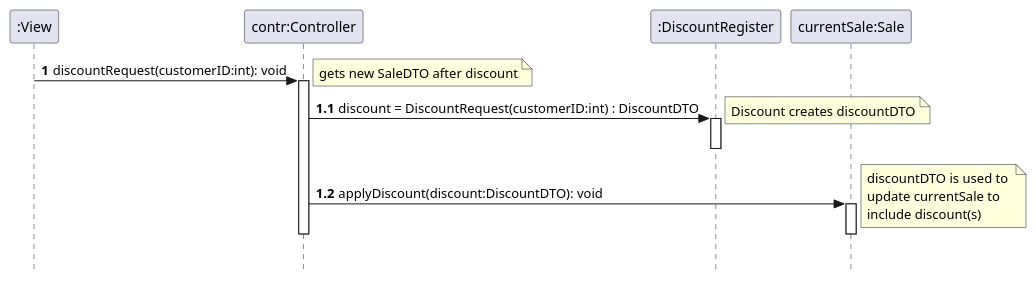
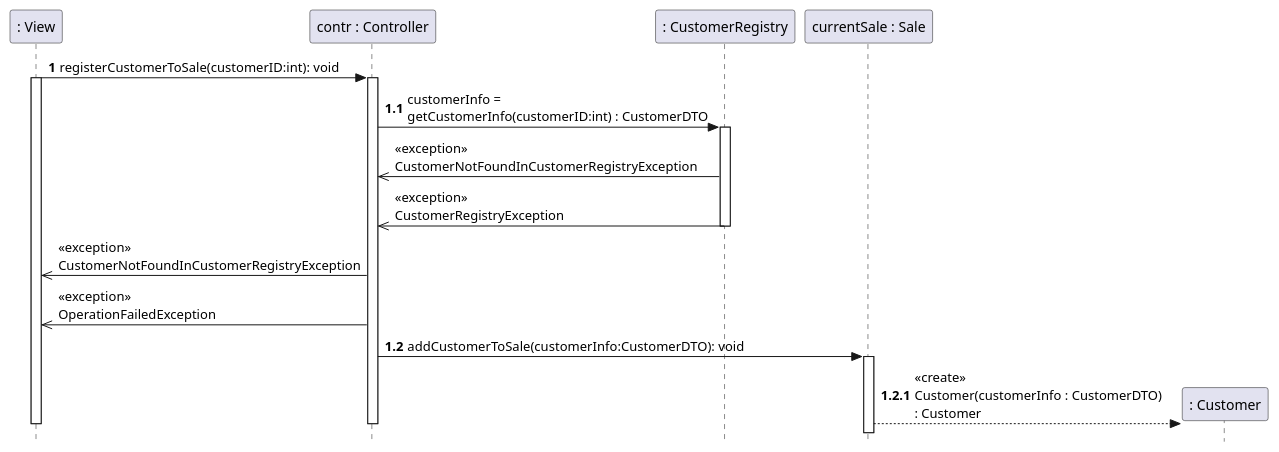
Before and after one commit to VincentFerrigan/kth-iv1350-object-oriented-design: the ninth of 11 diagrams in uml/uml_v3.puml, drawn with PlantUML. The commit also changed other lines of this file and 37 other files, not shown here.

First line of the commit message:
Semi-Final uml and docs (#10)

```diff
--- a/uml/uml_v3.puml
+++ b/uml/uml_v3.puml
@@ -491,29 +546,39 @@
 @startuml
 skinparam style strictuml
-'title discountRequest
+'title registerCustomerToSale
 
-participant ":View" as View
-participant "contr:Controller" as contr
-participant ":DiscountRegister" as DiscountRegister
-participant "currentSale:Sale" as currentSale
+participant ": View" as View
+participant "contr : Controller" as contr
+participant ": CustomerRegistry" as CustomerRegistry
+participant "currentSale : Sale" as currentSale
+participant ": Customer" as customer
 
 autonumber 1
-View -> contr : discountRequest(customerID:int): void
+View -> contr : registerCustomerToSale(customerID:int): void
+activate View
 activate contr
-note right : gets new SaleDTO after discount
 autonumber 1.1
 'create CustomerRegistry
-contr -> DiscountRegister : discount = DiscountRequest(customerID:int) : DiscountDTO
-activate DiscountRegister
-deactivate DiscountRegister
-note right: Discount creates discountDTO
+contr -> CustomerRegistry : customerInfo = \ngetCustomerInfo(customerID:int) : CustomerDTO
+activate CustomerRegistry
+autonumber stop
+contr <<- CustomerRegistry : <<exception>>\nCustomerNotFoundInCustomerRegistryException
+contr <<- CustomerRegistry : <<exception>>\nCustomerRegistryException
+deactivate CustomerRegistry
+View <<- contr : <<exception>>\nCustomerNotFoundInCustomerRegistryException
+View <<- contr : <<exception>>\nOperationFailedException
 autonumber 1.2
-contr -> currentSale : applyDiscount(discount:DiscountDTO): void
+contr -> currentSale : addCustomerToSale(customerInfo:CustomerDTO): void
 activate currentSale
-deactivate currentSale
-note right: discountDTO is used to \nupdate currentSale to \ninclude discount(s)
+create customer
+autonumber 1.2.1
+currentSale -[dashed]-> customer : <<create>>\nCustomer(customerInfo : CustomerDTO) \n: Customer
+activate customer
+deactivate customer
+deactivate customer
 
 deactivate contr
+deactivate View
 
 autonumber stop
 @enduml
```
